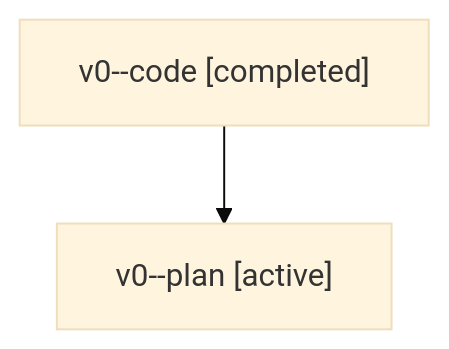
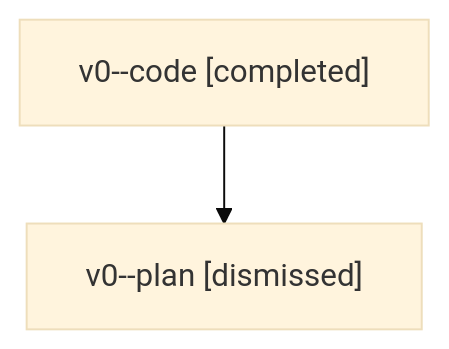
Before and after one commit to bobs-org/bob-cli--agents: the diagram in sessions/bbugyi200.athena.v0.md, drawn with Mermaid (base theme). The commit also changed other lines of this file and 33 other files, not shown here.

````diff
--- a/sessions/bbugyi200.athena.v0.md
+++ b/sessions/bbugyi200.athena.v0.md
@@ -9,6 +9,6 @@
 ```mermaid
 flowchart TD
   n0["v0--code [completed]"]
-  n1["v0--plan [active]"]
+  n1["v0--plan [dismissed]"]
   n0 --> n1
 ```
````
